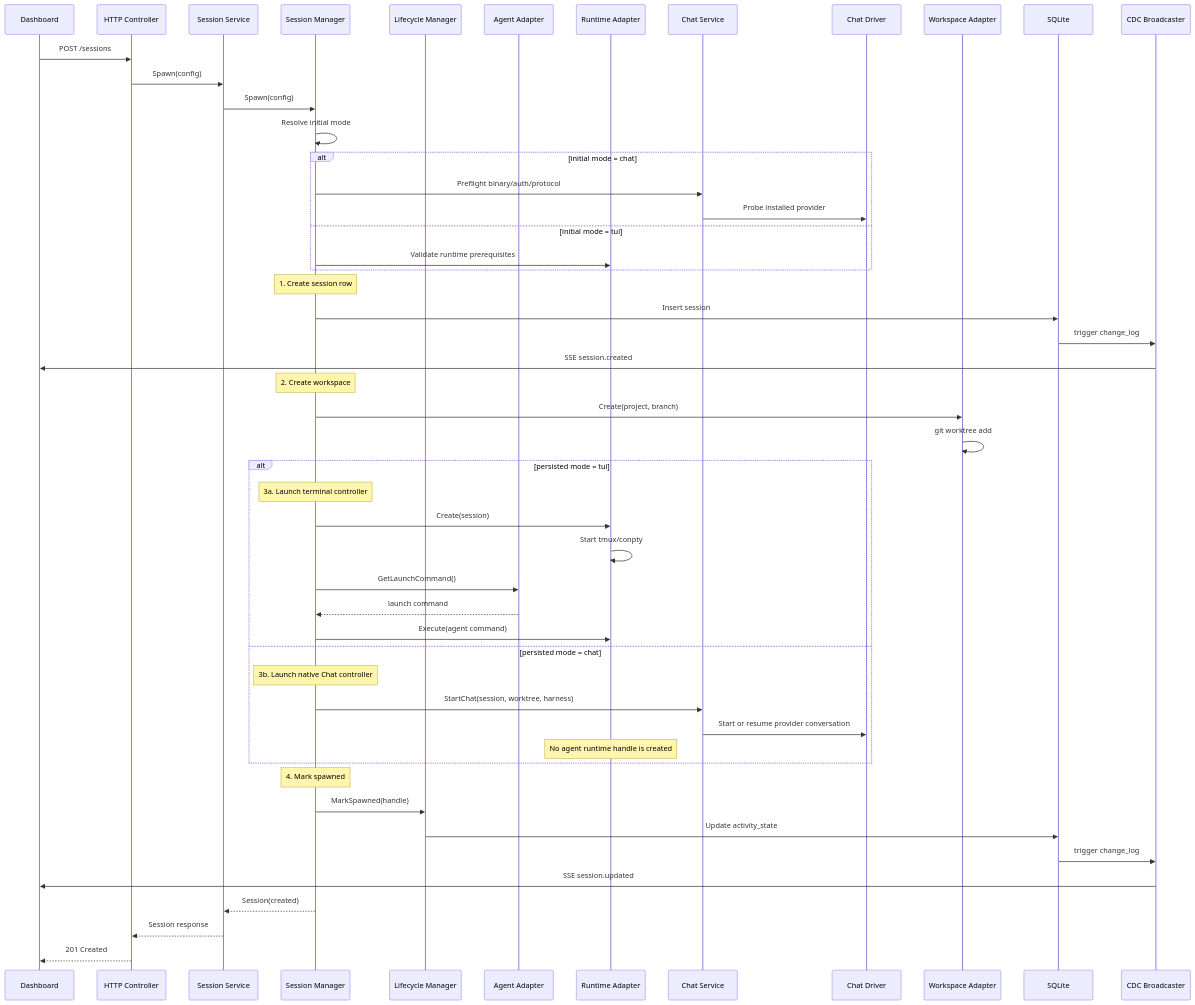
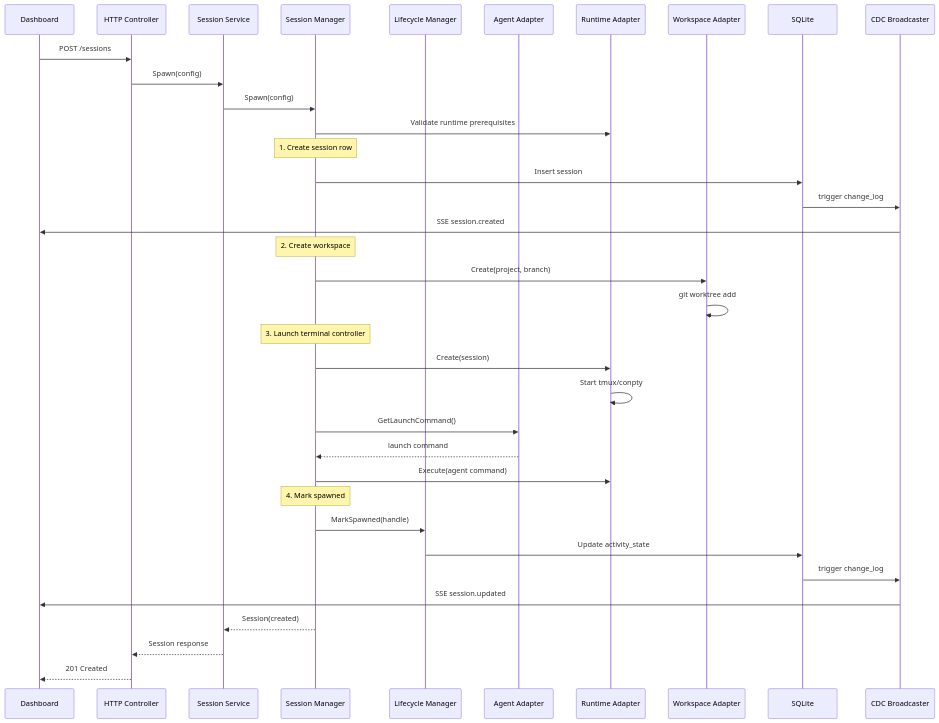
One commit to ercs-second-brain/agent-orchestrator changed the sixth of 23 diagrams in docs/architecture.md. Above: the diagram before and after it, drawn with Mermaid. The commit also changed other lines of this file and 90 other files, not shown here.

First line of the commit message:
refactor: remove mobile chat surfaces; docs layer for terminal-first model (#39) (#52)

````diff
--- a/docs/architecture.md
+++ b/docs/architecture.md
@@ -225,60 +217,45 @@
 ```mermaid
 sequenceDiagram
     participant UI as Dashboard
     participant HTTP as HTTP Controller
     participant Svc as Session Service
     participant Mgr as Session Manager
     participant LCM as Lifecycle Manager
     participant Agent as Agent Adapter
     participant Runtime as Runtime Adapter
-    participant ChatSvc as Chat Service
-    participant ChatDriver as Chat Driver
     participant WS as Workspace Adapter
     participant DB as SQLite
     participant CDC as CDC Broadcaster
 
     UI->>HTTP: POST /sessions
     HTTP->>Svc: Spawn(config)
     Svc->>Mgr: Spawn(config)
 
-    Mgr->>Mgr: Resolve initial mode
-    alt initial mode = chat
-        Mgr->>ChatSvc: Preflight binary/auth/protocol
-        ChatSvc->>ChatDriver: Probe installed provider
-    else initial mode = tui
-        Mgr->>Runtime: Validate runtime prerequisites
-    end
+    Mgr->>Runtime: Validate runtime prerequisites
 
     Note over Mgr: 1. Create session row
     Mgr->>DB: Insert session
     DB->>CDC: trigger change_log
     CDC->>UI: SSE session.created
 
     Note over Mgr: 2. Create workspace
     Mgr->>WS: Create(project, branch)
     WS->>WS: git worktree add
 
-    alt persisted mode = tui
-        Note over Mgr: 3a. Launch terminal controller
-        Mgr->>Runtime: Create(session)
-        Runtime->>Runtime: Start tmux/conpty
-        Mgr->>Agent: GetLaunchCommand()
-        Agent-->>Mgr: launch command
-        Mgr->>Runtime: Execute(agent command)
-    else persisted mode = chat
-        Note over Mgr: 3b. Launch native Chat controller
-        Mgr->>ChatSvc: StartChat(session, worktree, harness)
-        ChatSvc->>ChatDriver: Start or resume provider conversation
-        Note over Runtime: No agent runtime handle is created
-    end
+    Note over Mgr: 3. Launch terminal controller
+    Mgr->>Runtime: Create(session)
+    Runtime->>Runtime: Start tmux/conpty
+    Mgr->>Agent: GetLaunchCommand()
+    Agent-->>Mgr: launch command
+    Mgr->>Runtime: Execute(agent command)
 
     Note over Mgr: 4. Mark spawned
     Mgr->>LCM: MarkSpawned(handle)
     LCM->>DB: Update activity_state
     DB->>CDC: trigger change_log
     CDC->>UI: SSE session.updated
 
     Mgr-->>Svc: Session(created)
     Svc-->>HTTP: Session response
     HTTP-->>UI: 201 Created
 ```
````
